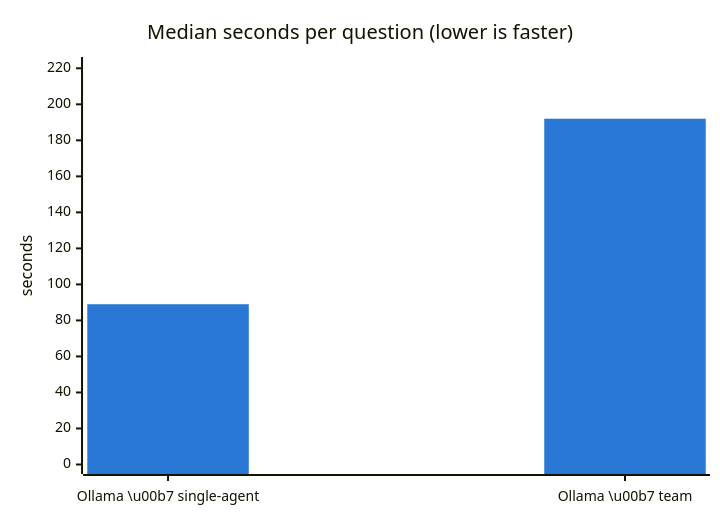
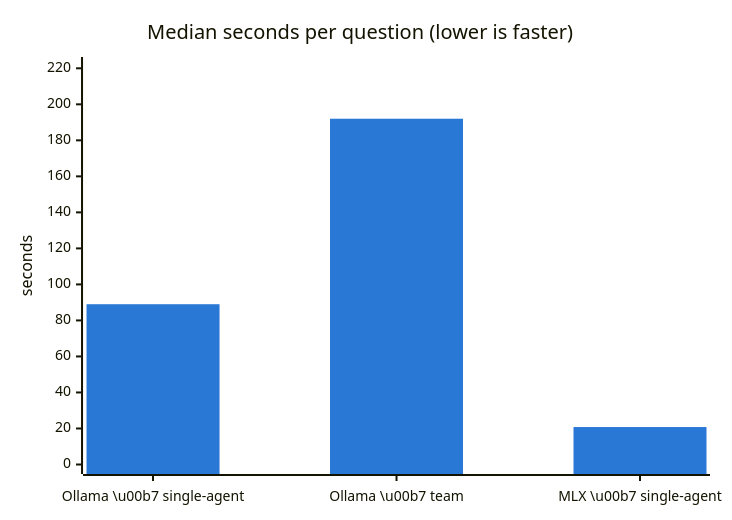
One commit to Luizkauffmann/Nvidia-Redhat-RiskLens changed the second of 3 diagrams in demo_app/baselines/2026-10-17_bank15/README.md. Above: the diagram before and after it, drawn with Mermaid. The commit also changed other lines of this file and 2 other files, not shown here.

First line of the commit message:
Add MLX run of the local 4B (single agent, 15 questions) to the comparison

````diff
--- a/demo_app/baselines/2026-10-17_bank15/README.md
+++ b/demo_app/baselines/2026-10-17_bank15/README.md
@@ -25,8 +26,8 @@
 ```mermaid
 %%{init: {'themeVariables': {'xyChart': {'plotColorPalette': '#2a78d6'}}}}%%
 xychart-beta
     title "Median seconds per question (lower is faster)"
-    x-axis ["Ollama \u00b7 single-agent", "Ollama \u00b7 team"]
+    x-axis ["Ollama \u00b7 single-agent", "Ollama \u00b7 team", "MLX \u00b7 single-agent"]
     y-axis "seconds" 0 --> 221
-    bar [89, 192]
+    bar [89, 192, 20.8]
 ```
````
